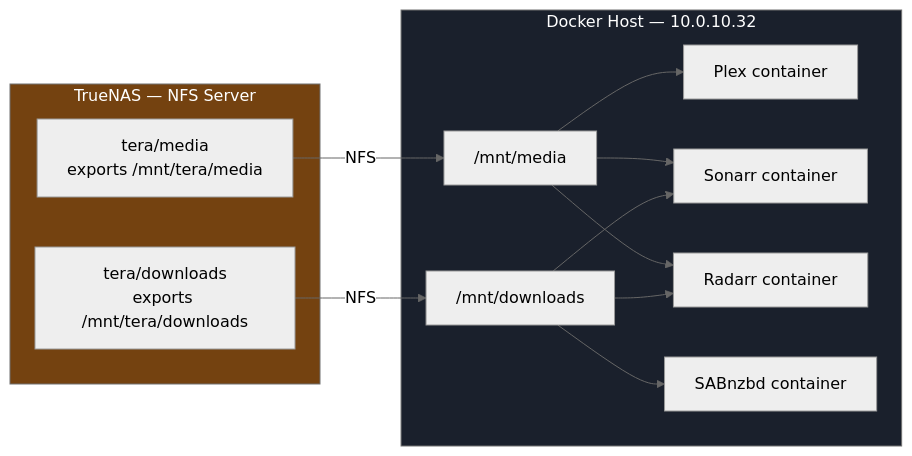
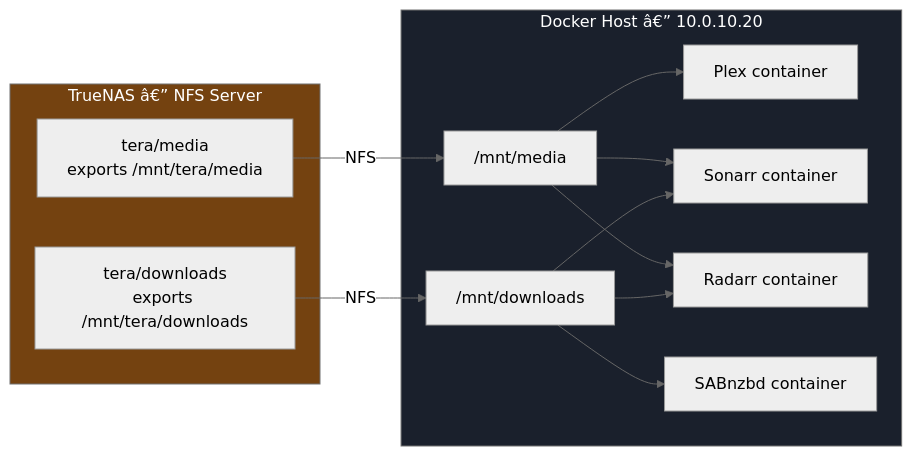
One commit to Kagiso-me/homelab-infrastructure changed the second of 3 diagrams in docker/docs/02_docker_installation_and_filesystem.md. Above: the diagram before and after it, drawn with Mermaid (neutral theme). The commit also changed other lines of this file and 46 other files, not shown here.

Commit message:
Retire Raspberry Pi backup guide and transition to varys for key material backup; update TrueNAS documentation for storage architecture; add disaster recovery game day runbook; implement baseline network policies for production namespaces; introduce varys control hub documentation and backup script.

````diff
--- a/docker/docs/02_docker_installation_and_filesystem.md
+++ b/docker/docs/02_docker_installation_and_filesystem.md
@@ -313,28 +313,28 @@
 ```mermaid
 graph LR
-    subgraph TrueNAS ["TrueNAS — NFS Server"]
+    subgraph TrueNAS ["TrueNAS â€” NFS Server"]
         T1["tera/media\nexports /mnt/tera/media"]
         T2["tera/downloads\nexports /mnt/tera/downloads"]
     end
 
-    subgraph DockerHost ["Docker Host — 10.0.10.32"]
+    subgraph DockerHost ["Docker Host â€” 10.0.10.20"]
         M1["/mnt/media"]
         M2["/mnt/downloads"]
         Plex["Plex container"]
         Sonarr["Sonarr container"]
         Radarr["Radarr container"]
         SABnzbd["SABnzbd container"]
     end
 
     T1 -->|NFS| M1
     T2 -->|NFS| M2
     M1 --> Plex
     M1 --> Sonarr
     M1 --> Radarr
     M2 --> Sonarr
     M2 --> Radarr
     M2 --> SABnzbd
 
     style TrueNAS fill:#744210,color:#fff
     style DockerHost fill:#1a202c,color:#fff
 ```
````
